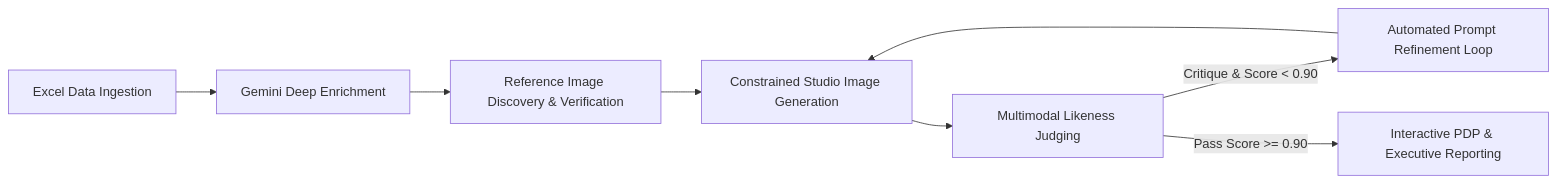
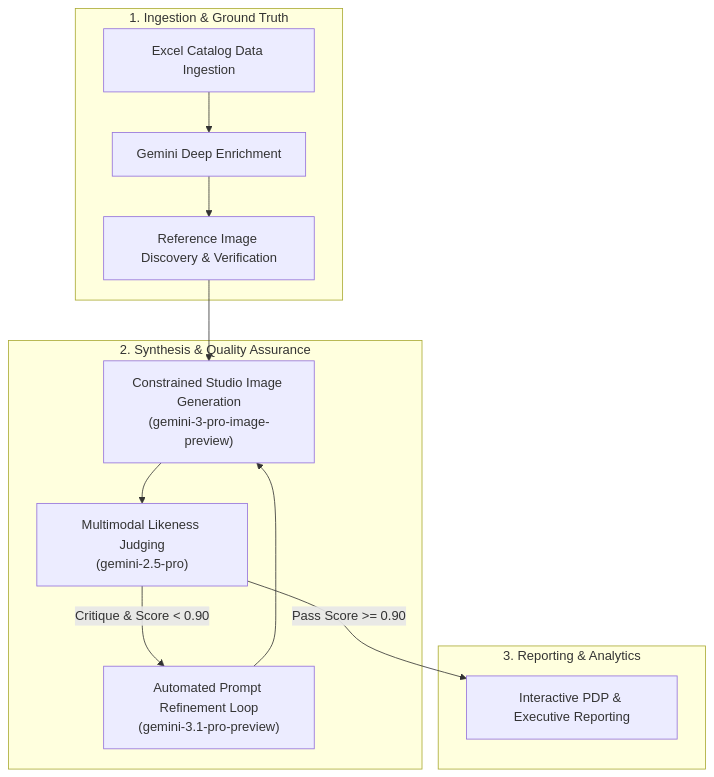
One commit to rrmcguinness/product-gen changed the diagram in docs/index.md. Above: the diagram before and after it, drawn with Mermaid. The commit also changed 19 other files, not shown here.

````diff
--- a/docs/index.md
+++ b/docs/index.md
@@ -11,10 +11,18 @@
 ```mermaid
-graph LR
-    A[Excel Data Ingestion] --> B[Gemini Deep Enrichment]
-    B --> C[Reference Image Discovery & Verification]
-    C --> D[Constrained Studio Image Generation]
-    D --> E[Multimodal Likeness Judging]
-    E -->|Critique & Score < 0.90| F[Automated Prompt Refinement Loop]
-    F --> D
-    E -->|Pass Score >= 0.90| G[Interactive PDP & Executive Reporting]
+graph TD
+    subgraph Stage_Ingestion ["1. Ingestion & Ground Truth"]
+        A["Excel Catalog Data Ingestion"] --> B["Gemini Deep Enrichment"]
+        B --> C["Reference Image Discovery & Verification"]
+    end
+
+    subgraph Stage_Generation ["2. Synthesis & Quality Assurance"]
+        C --> D["Constrained Studio Image Generation<br/>(gemini-3-pro-image-preview)"]
+        D --> E["Multimodal Likeness Judging<br/>(gemini-2.5-pro)"]
+        E -->|"Critique & Score < 0.90"| F["Automated Prompt Refinement Loop<br/>(gemini-3.1-pro-preview)"]
+        F --> D
+    end
+
+    subgraph Stage_Publishing ["3. Reporting & Analytics"]
+        E -->|"Pass Score >= 0.90"| G["Interactive PDP & Executive Reporting"]
+    end
 ```
````
